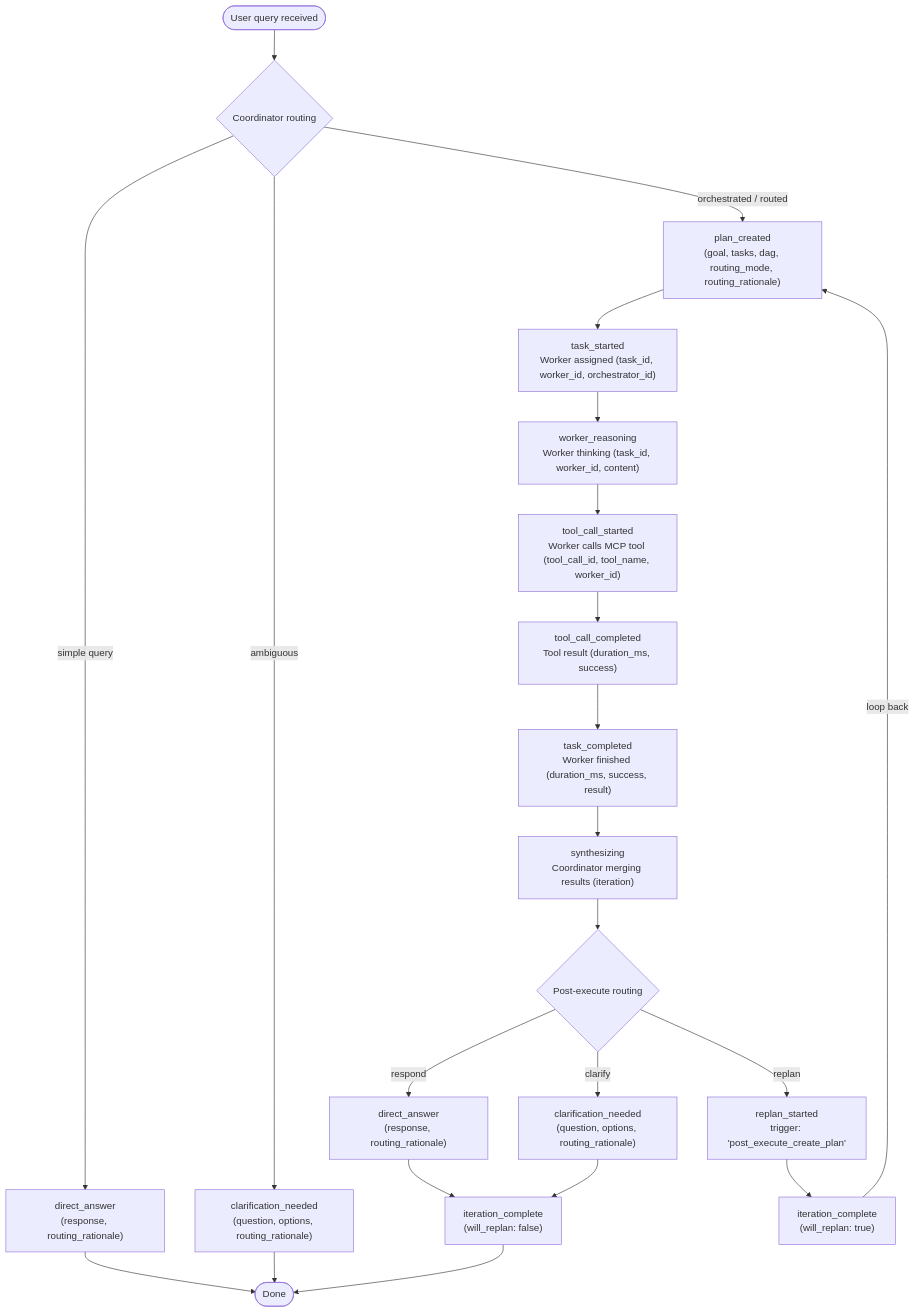
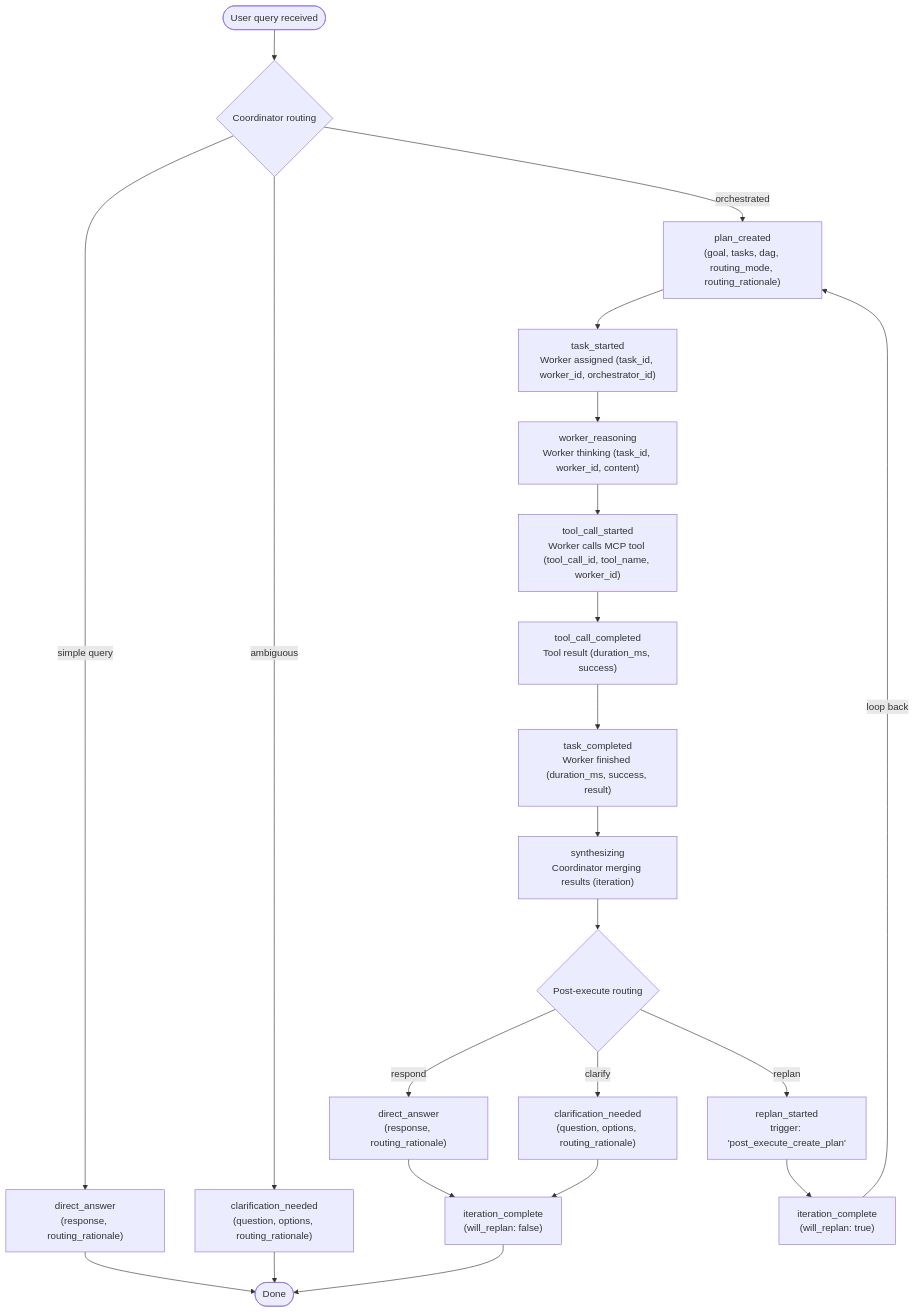
Before and after one commit to mezmo/aura: the third of 4 diagrams in docs/streaming-api-guide.md, drawn with Mermaid. The commit also changed other lines of this file and 9 other files, not shown here.

First line of the commit message:
refactor(orchestration): drop routed mode and task_started dependencies

````diff
--- a/docs/streaming-api-guide.md
+++ b/docs/streaming-api-guide.md
@@ -374,30 +374,30 @@
 ```mermaid
 flowchart TD
     A([User query received]) --> R{Coordinator routing}
 
-    R -->|orchestrated / routed| B["plan_created<br/>(goal, tasks, dag, routing_mode, routing_rationale)"]
+    R -->|orchestrated| B["plan_created<br/>(goal, tasks, dag, routing_mode, routing_rationale)"]
     R -->|simple query| DA["direct_answer<br/>(response, routing_rationale)"]
     R -->|ambiguous| CL["clarification_needed<br/>(question, options, routing_rationale)"]
 
     DA --> Z([Done])
     CL --> Z
 
     B --> C["task_started<br/>Worker assigned (task_id, worker_id, orchestrator_id)"]
     C --> D["worker_reasoning<br/>Worker thinking (task_id, worker_id, content)"]
     D --> E["tool_call_started<br/>Worker calls MCP tool (tool_call_id, tool_name, worker_id)"]
     E --> F["tool_call_completed<br/>Tool result (duration_ms, success)"]
     F --> G["task_completed<br/>Worker finished (duration_ms, success, result)"]
     G --> H["synthesizing<br/>Coordinator merging results (iteration)"]
 
     H --> PE{Post-execute routing}
     PE -->|respond| DA2["direct_answer<br/>(response, routing_rationale)"]
     PE -->|clarify| CL2["clarification_needed<br/>(question, options, routing_rationale)"]
     PE -->|replan| J["replan_started<br/>trigger: 'post_execute_create_plan'"]
 
     DA2 --> I["iteration_complete<br/>(will_replan: false)"]
     CL2 --> I
     J --> I2["iteration_complete<br/>(will_replan: true)"]
     I2 -->|loop back| B
 
     I --> Z
 ```
````
